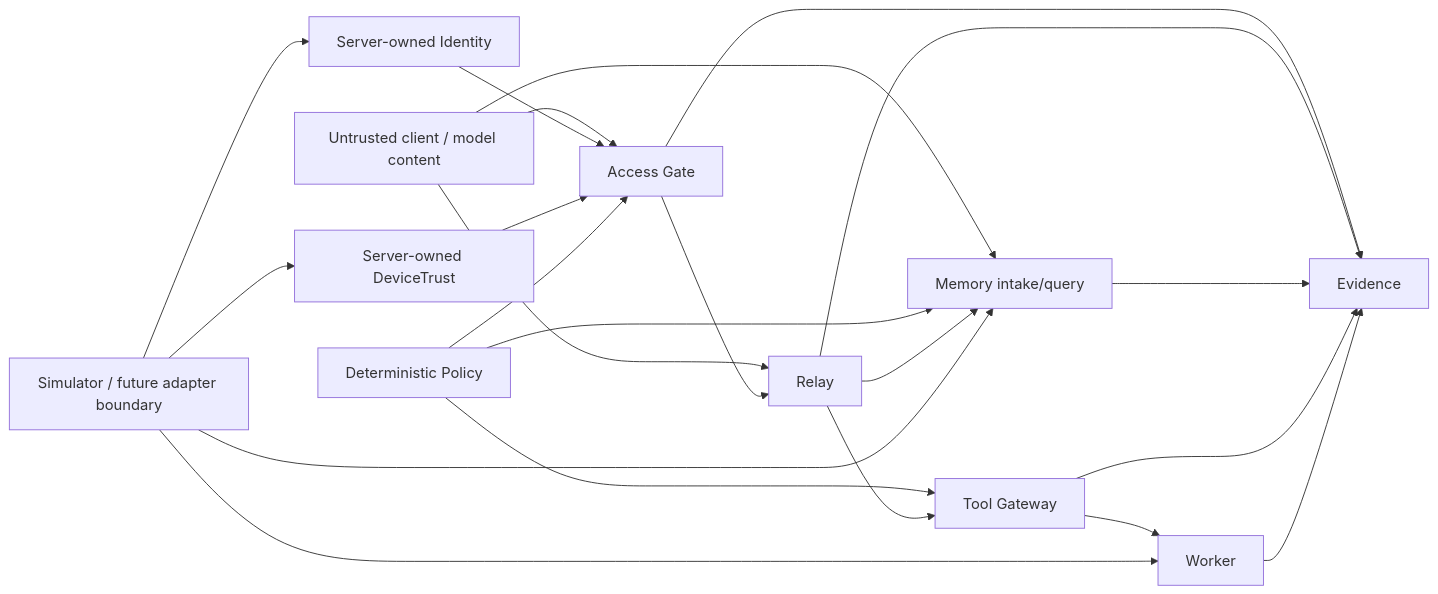
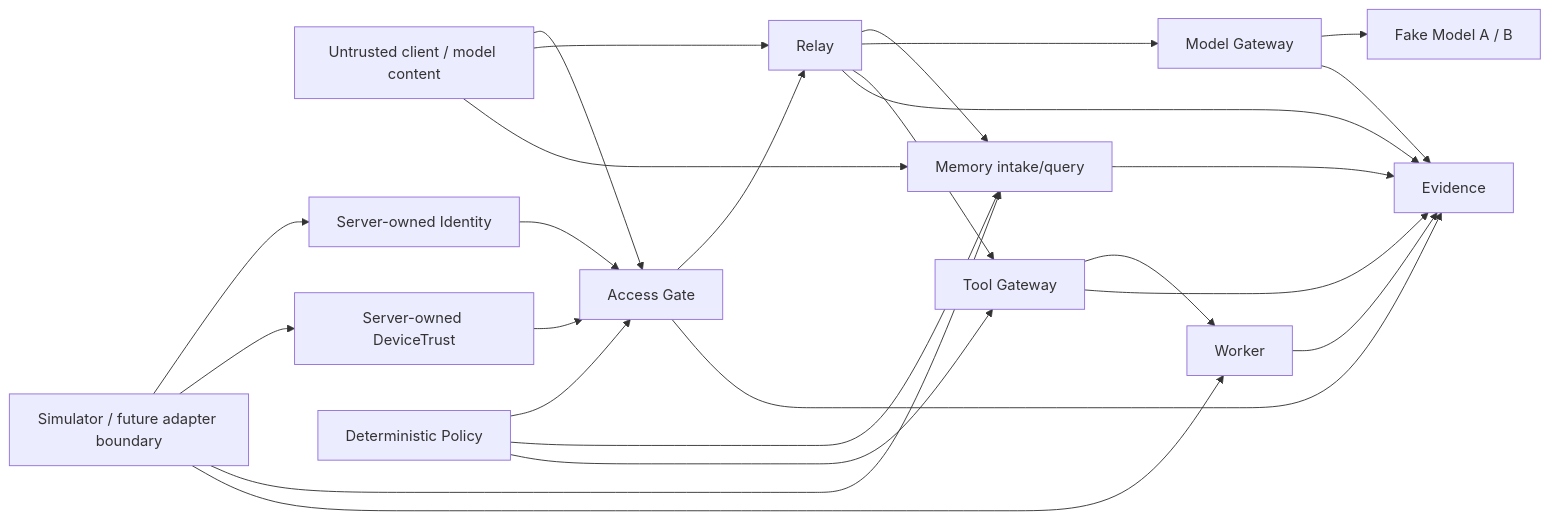
The diagram in THREAT_MODEL.md (GrimClawBot/Pixel-HQ-OSS), drawn with Mermaid before and after one commit. The commit also changed other lines of this file and 41 other files, not shown here.

First line of the commit message:
PX-005: add simulator-first Pixel Model Gateway

````diff
--- a/THREAT_MODEL.md
+++ b/THREAT_MODEL.md
@@ -28,28 +29,31 @@
 ```mermaid
 flowchart LR
     U[Untrusted client / model content] --> AG[Access Gate]
     U --> R[Relay]
     U --> M[Memory intake/query]
 
     ID[Server-owned Identity] --> AG
     DT[Server-owned DeviceTrust] --> AG
     P[Deterministic Policy] --> AG
     P --> M
     P --> TG[Tool Gateway]
 
     AG --> R
     R --> M
+    R --> MG[Model Gateway]
     R --> TG
     TG --> W[Worker]
+    MG --> FM[Fake Model A / B]
 
     SA[Simulator / future adapter boundary] --> ID
     SA --> DT
     SA --> M
     SA --> W
 
     AG --> E[Evidence]
     R --> E
     M --> E
     TG --> E
     W --> E
+    MG --> E
 ```
````
